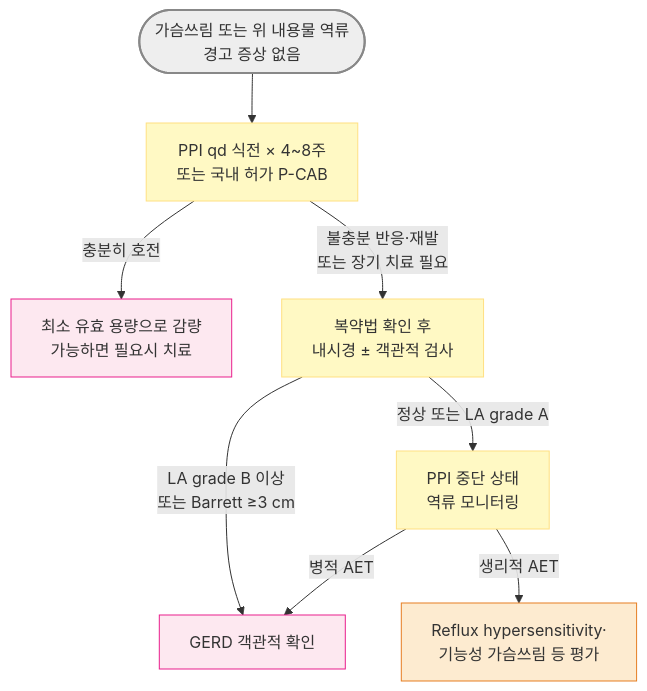
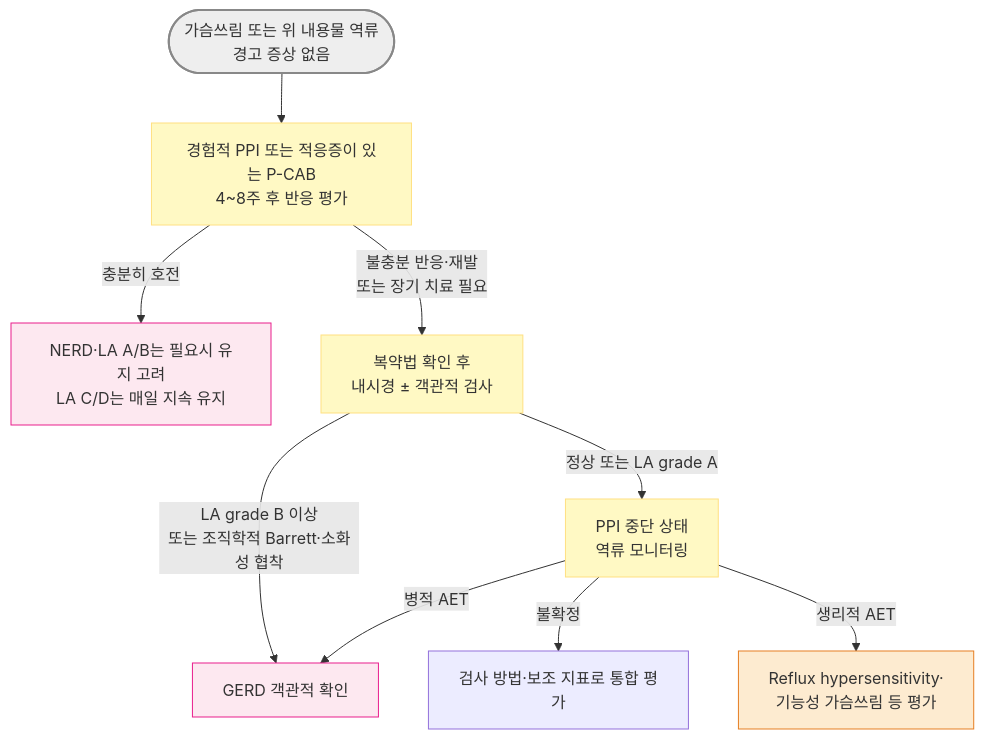
The first of 5 diagrams in 224_/081_-gerd.md (familyoh77/familyoh77), drawn with Mermaid before and after one commit. The commit also changed other lines of this file and 1 other file, not shown here.

````diff
--- a/224_/081_-gerd.md
+++ b/224_/081_-gerd.md
@@ -188,17 +193,18 @@
 ```mermaid
 graph TD
-    A(["가슴쓰림 또는 위 내용물 역류<br/>경고 증상 없음"]) --> B["PPI qd 식전 × 4~8주<br/>또는 국내 허가 P-CAB"]
-    B -- "충분히 호전" --> C["최소 유효 용량으로 감량<br/>가능하면 필요시 치료"]
+    A(["가슴쓰림 또는 위 내용물 역류<br/>경고 증상 없음"]) --> B["경험적 PPI 또는 적응증이 있는 P-CAB<br/>4~8주 후 반응 평가"]
+    B -- "충분히 호전" --> C["NERD·LA A/B는 필요시 유지 고려<br/>LA C/D는 매일 지속 유지"]
     B -- "불충분 반응·재발<br/>또는 장기 치료 필요" --> G["복약법 확인 후<br/>내시경 ± 객관적 검사"]
-    G -- "LA grade B 이상<br/>또는 Barrett ≥3 cm" --> J["GERD 객관적 확인"]
+    G -- "LA grade B 이상<br/>또는 조직학적 Barrett·소화성 협착" --> J["GERD 객관적 확인"]
     G -- "정상 또는 LA grade A" --> K["PPI 중단 상태<br/>역류 모니터링"]
     K -- "병적 AET" --> J
+    K -- "불확정" --> Q["검사 방법·보조 지표로 통합 평가"]
     K -- "생리적 AET" --> L["Reflux hypersensitivity·<br/>기능성 가슴쓰림 등 평가"]
     style A fill:#eeeeee,stroke:#888888,stroke-width:2px
     classDef pink fill:#fde8f0,stroke:#e91e8c
     class J,C pink
     classDef yellow fill:#fff9c4,stroke:#ffe082
     class K,G,B yellow
     classDef orange fill:#fdebd0,stroke:#e67e22
     class L orange
 ```
````
